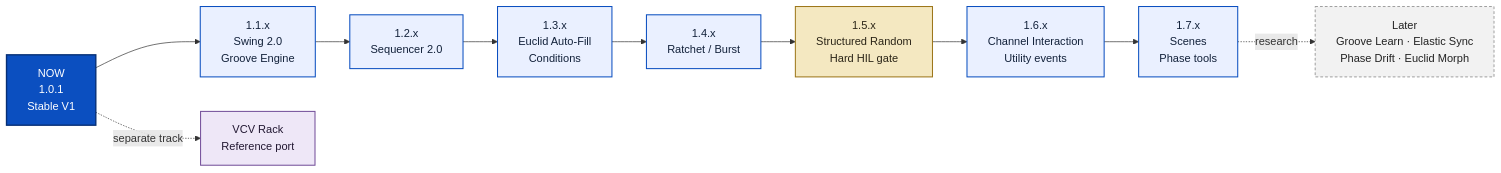
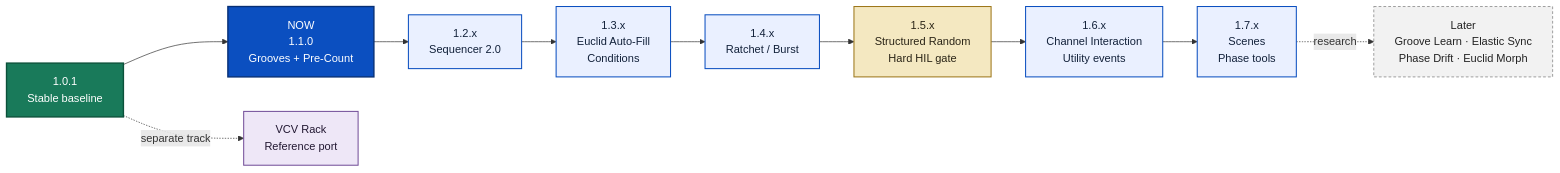
Before and after one commit to napolitano/eurorack-clock-firmware: the diagram in docs/ROADMAP.md, drawn with Mermaid. The commit also changed other lines of this file and 25 other files, not shown here.

````diff
--- a/docs/ROADMAP.md
+++ b/docs/ROADMAP.md
@@ -9,25 +9,26 @@
 ```mermaid
 flowchart LR
-    V1["NOW<br/>1.0.1<br/>Stable V1"] --> G["1.1.x<br/>Swing 2.0<br/>Groove Engine"]
+    V1["1.0.1<br/>Stable baseline"] --> G["NOW<br/>1.1.0<br/>Grooves + Pre-Count"]
     G --> S["1.2.x<br/>Sequencer 2.0"]
     S --> E["1.3.x<br/>Euclid Auto-Fill<br/>Conditions"]
     E --> R["1.4.x<br/>Ratchet / Burst"]
     R --> N["1.5.x<br/>Structured Random<br/>Hard HIL gate"]
     N --> I["1.6.x<br/>Channel Interaction<br/>Utility events"]
     I --> P["1.7.x<br/>Scenes<br/>Phase tools"]
     V1 -. separate track .-> VCV["VCV Rack<br/>Reference port"]
     P -. research .-> X["Later<br/>Groove Learn · Elastic Sync<br/>Phase Drift · Euclid Morph"]
 
     classDef current fill:#0B4FC0,color:#ffffff,stroke:#062F75,stroke-width:2px;
     classDef stable fill:#197A5A,color:#ffffff,stroke:#0B513A,stroke-width:2px;
     classDef music fill:#EAF0FF,color:#12213A,stroke:#0B4FC0,stroke-width:1.5px;
     classDef gate fill:#F4E8C1,color:#2A2416,stroke:#9D771B,stroke-width:1.5px;
     classDef virtual fill:#EEE7F7,color:#221832,stroke:#74509A,stroke-width:1.5px;
     classDef research fill:#F2F2F2,color:#222222,stroke:#777777,stroke-dasharray: 4 3;
 
-    class V1 current;
-    class G,S,E,R,I,P music;
+    class G current;
+    class V1 stable;
+    class S,E,R,I,P music;
     class N gate;
     class VCV virtual;
     class X research;
 ```
````
